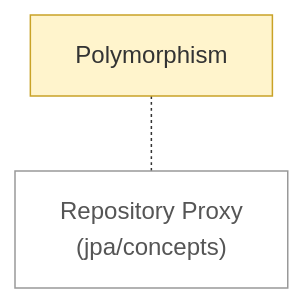
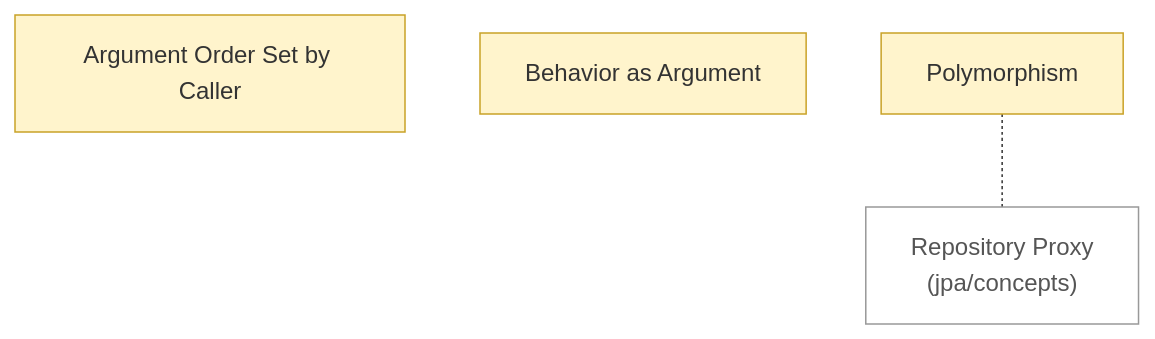
One commit to Pizza-Mozzarella/self-learning changed the diagram in notes/java/core/concepts/README.md. Above: the diagram before and after it, drawn with Mermaid. The commit also changed other lines of this file and 42 other files, not shown here.

````diff
--- a/notes/java/core/concepts/README.md
+++ b/notes/java/core/concepts/README.md
@@ -6,10 +6,12 @@
 ```mermaid
 flowchart TD
-    n0["Polymorphism"]:::draft
-    n1["Repository Proxy<br/>(jpa/concepts)"]:::ext
-    n0 -.- n1
+    n0["Argument Order Set by Caller"]:::draft
+    n1["Behavior as Argument"]:::draft
+    n2["Polymorphism"]:::draft
+    n3["Repository Proxy<br/>(jpa/concepts)"]:::ext
+    n2 -.- n3
     classDef stub fill:#eeeeee,stroke:#999999,stroke-dasharray:4 3,color:#555555
     classDef draft fill:#fff4cc,stroke:#c9a227,color:#333333
     classDef ok fill:#d8f0dc,stroke:#3a9d5d,color:#222222
     classDef ext fill:#ffffff,stroke:#999999,color:#555555
 ```
````
